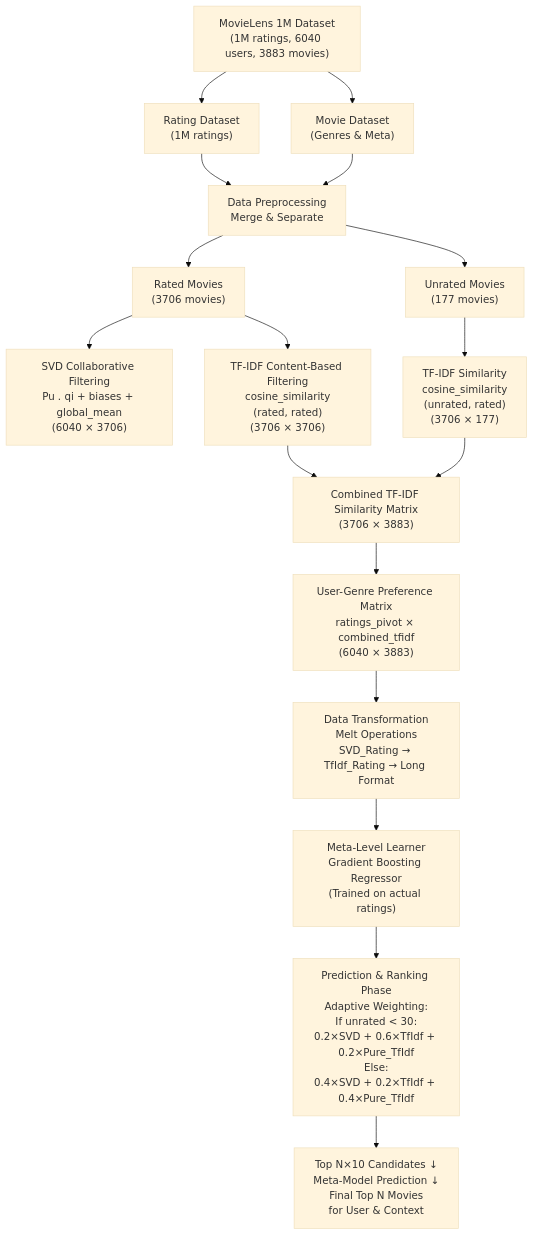
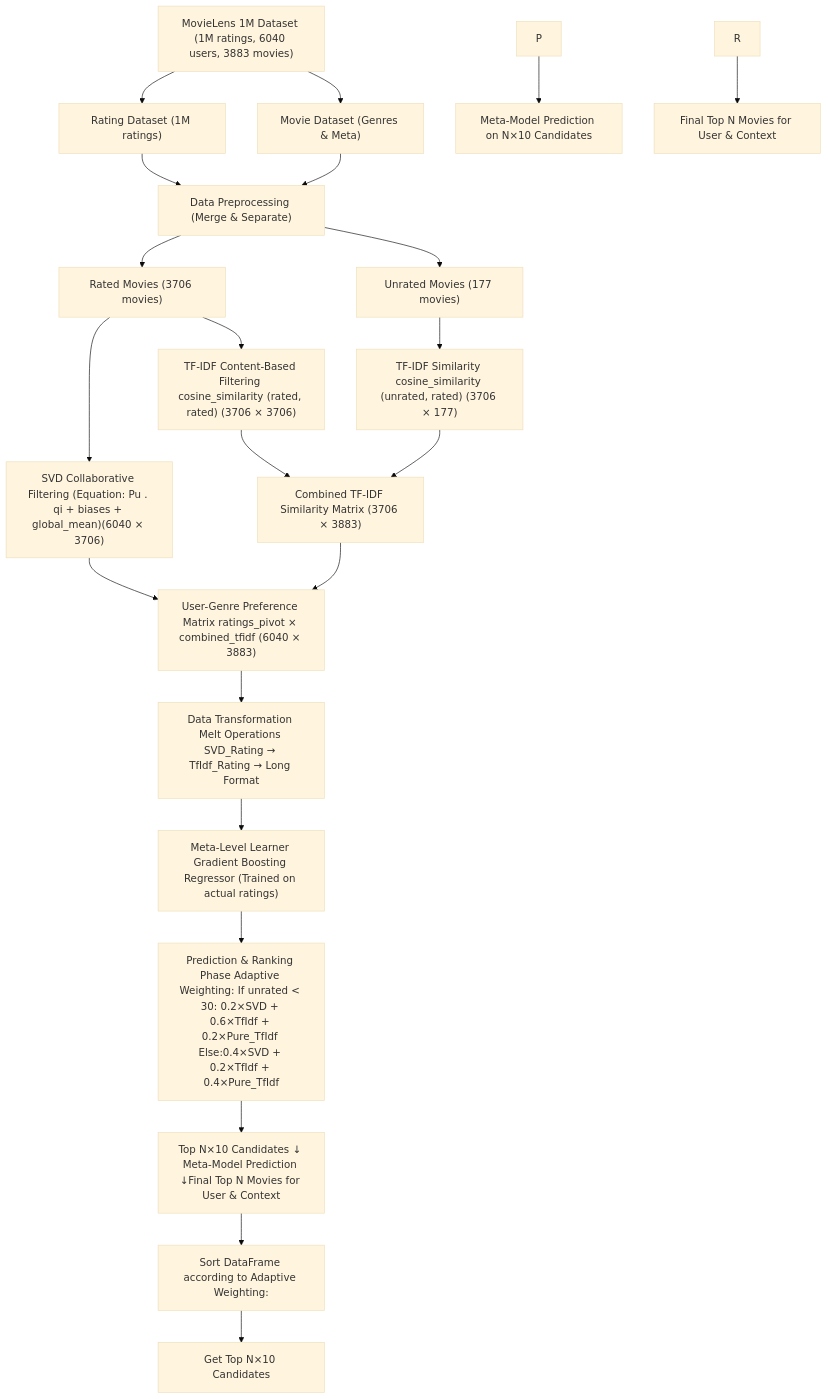
Before and after one commit to NiazMahmud2001/MetaLevel-HybridMovie-Recommender: the diagram in README.md, drawn with Mermaid (base theme).

````diff
--- a/README.md
+++ b/README.md
@@ -83,23 +83,27 @@
 ```mermaid
 graph TD
-    A["MovieLens 1M Dataset\n(1M ratings, 6040 users, 3883 movies)"]
-    A --> B["Rating Dataset\n(1M ratings)"]
-    A --> C["Movie Dataset\n(Genres & Meta)"]
-    B --> D["Data Preprocessing\nMerge & Separate"]
+    A["MovieLens 1M Dataset (1M ratings, 6040 users, 3883 movies)"]
+    A --> B["Rating Dataset (1M ratings)"]
+    A --> C["Movie Dataset (Genres & Meta)"]
+    B --> D["Data Preprocessing (Merge & Separate)"]
     C --> D
-    D --> E["Rated Movies\n(3706 movies)"]
-    D --> F["Unrated Movies\n(177 movies)"]
+    D --> E["Rated Movies (3706 movies)"]
+    D --> F["Unrated Movies (177 movies)"]
 
-    E --> G1["SVD Collaborative Filtering\nPu . qi + biases + global_mean\n(6040 × 3706)"]
-    E --> G2["TF-IDF Content-Based Filtering\ncosine_similarity\n(rated, rated)\n(3706 × 3706)"]
-    F --> G3["TF-IDF Similarity\ncosine_similarity\n(unrated, rated)\n(3706 × 177)"]
+    E --> G1["SVD Collaborative Filtering (Equation: Pu . qi + biases + global_mean)(6040 × 3706)"]
+    E --> G2["TF-IDF Content-Based Filtering cosine_similarity (rated, rated) (3706 × 3706)"]
+    F --> G3["TF-IDF Similarity cosine_similarity (unrated, rated) (3706 × 177)"]
 
-    G2 --> H["Combined TF-IDF Similarity Matrix\n(3706 × 3883)"]
+    G2 --> H["Combined TF-IDF Similarity Matrix (3706 × 3883)"]
     G3 --> H
-
-    H --> I["User-Genre Preference Matrix\nratings_pivot × combined_tfidf\n(6040 × 3883)"]
-    I --> J["Data Transformation\nMelt Operations\nSVD_Rating → TfIdf_Rating → Long Format"]
-    J --> K["Meta-Level Learner\nGradient Boosting Regressor\n(Trained on actual ratings)"]
-    K --> L["Prediction & Ranking Phase\nAdaptive Weighting:\nIf unrated < 30:\n0.2×SVD + 0.6×TfIdf + 0.2×Pure_TfIdf\nElse:\n0.4×SVD + 0.2×TfIdf + 0.4×Pure_TfIdf"]
-    L --> M["Top N×10 Candidates ↓\nMeta-Model Prediction ↓\nFinal Top N Movies\nfor User & Context"]
+    G1 --> I
+    H --> I["User-Genre Preference Matrix ratings_pivot × combined_tfidf (6040 × 3883)"]
+    I --> J["Data Transformation Melt Operations SVD_Rating → TfIdf_Rating → Long Format"]
+    J --> K["Meta-Level Learner Gradient Boosting Regressor (Trained on actual ratings)"]
+    K --> L["Prediction & Ranking Phase Adaptive Weighting: If unrated < 30: 0.2×SVD + 0.6×TfIdf + 0.2×Pure_TfIdf Else:0.4×SVD + 0.2×TfIdf + 0.4×Pure_TfIdf"]
+    L --> M["Top N×10 Candidates ↓ Meta-Model Prediction ↓Final Top N Movies for User & Context"]
+    M --> N["Sort DataFrame according to Adaptive Weighting: "]
+    N --> O["Get Top N×10 Candidates"]
+    P --> Q["Meta-Model Prediction on N×10 Candidates"]
+    R --> S["Final Top N Movies for User & Context"]
 ```
````
